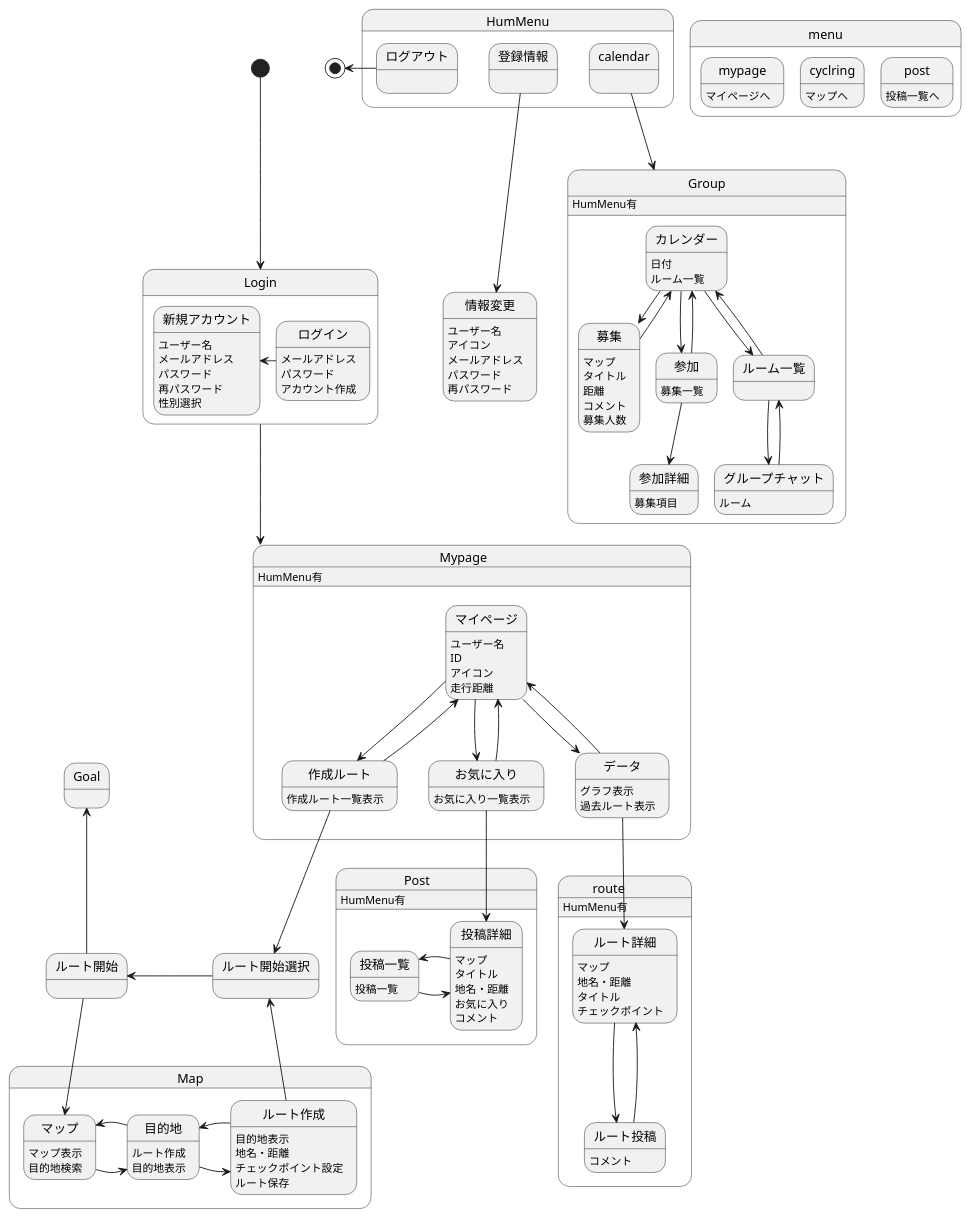
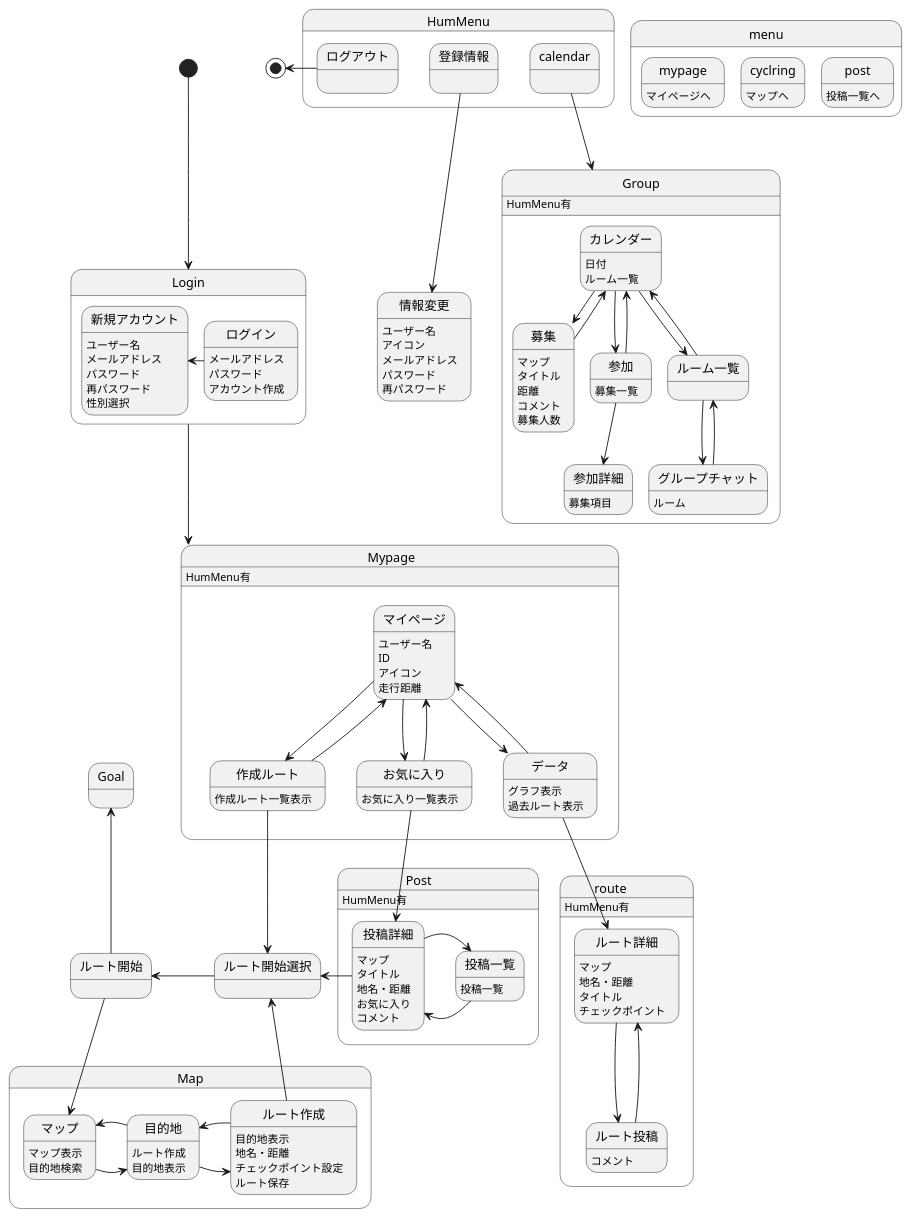
The diagram in 画面遷移図/gm.md (AsoSD3A3/CyclingSystem), drawn with PlantUML before and after one commit.

````diff
--- a/画面遷移図/gm.md
+++ b/画面遷移図/gm.md
@@ -113,8 +113,8 @@
 state Post{
 Post:HumMenu有
 投稿一覧:投稿一覧
-投稿一覧-right->投稿詳細
-投稿詳細-left->投稿一覧
+投稿一覧-left->投稿詳細
+投稿詳細-right->投稿一覧
 投稿詳細:マップ
 投稿詳細:タイトル
 投稿詳細:地名・距離
@@ -122,6 +122,7 @@
 投稿詳細:コメント
 }
 お気に入り-down->投稿詳細
+投稿詳細-left->ルート開始選択
 
 @enduml
 ```
````
